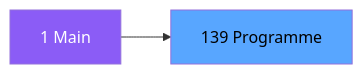
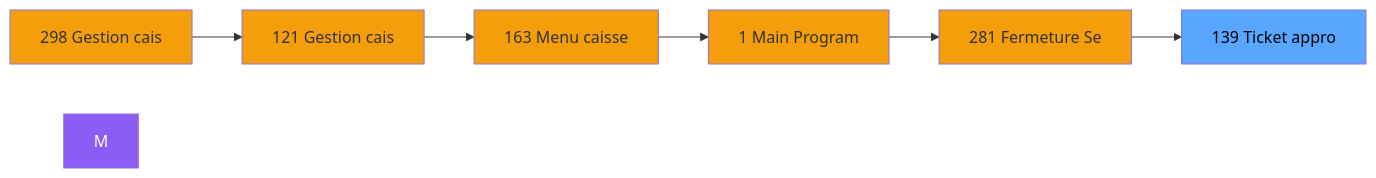
Before and after one commit to thonyAGP/magic-migration: the second of 3 diagrams in .openspec/specs/ADH-IDE-139.md, drawn with Mermaid. The commit also changed other lines of this file and 323 other files, not shown here.

````diff
--- a/.openspec/specs/ADH-IDE-139.md
+++ b/.openspec/specs/ADH-IDE-139.md
@@ -113,8 +129,21 @@
 ```mermaid
 graph LR
-    M[1 Main]
-    T[139 Programme]
-    M --> T
+    N298[298 Gestion cais]
+    N121[121 Gestion cais]
+    N163[163 Menu caisse ]
+    N1[1 Main Program]
+    N281[281 Fermeture Se]
+    T[139 Ticket appro]
+    N298 --> N121
+    N121 --> N163
+    N163 --> N1
+    N1 --> N281
+    N281 --> T
     style M fill:#8b5cf6,color:#fff
+    style N298 fill:#f59e0b
+    style N121 fill:#f59e0b
+    style N163 fill:#f59e0b
+    style N1 fill:#f59e0b
+    style N281 fill:#f59e0b
     style T fill:#58a6ff,color:#000
 ```
````
